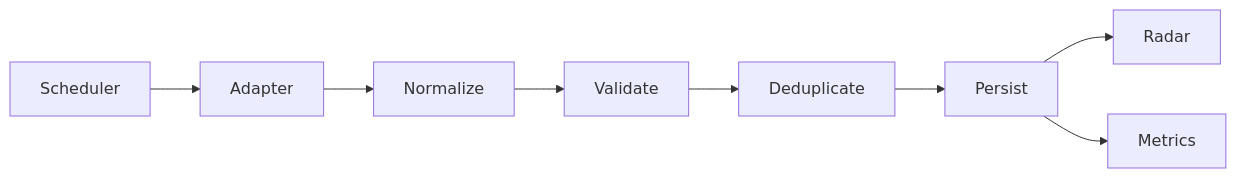
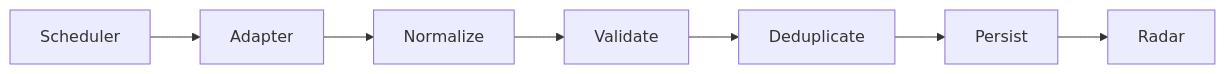
The fourth of 5 diagrams in docs/ARCHITECTURE.md (YounasKhan2/living-journal), drawn with Mermaid before and after one commit. The commit also changed other lines of this file, not shown here.

````diff
--- a/docs/ARCHITECTURE.md
+++ b/docs/ARCHITECTURE.md
@@ -188,10 +231,4 @@
 ```mermaid
 flowchart LR
-  Scheduler --> Adapter
-  Adapter --> Normalize
-  Normalize --> Validate
-  Validate --> Deduplicate
-  Deduplicate --> Persist
-  Persist --> Radar
-  Persist --> Metrics
+  Scheduler --> Adapter --> Normalize --> Validate --> Deduplicate --> Persist --> Radar
 ```
````
